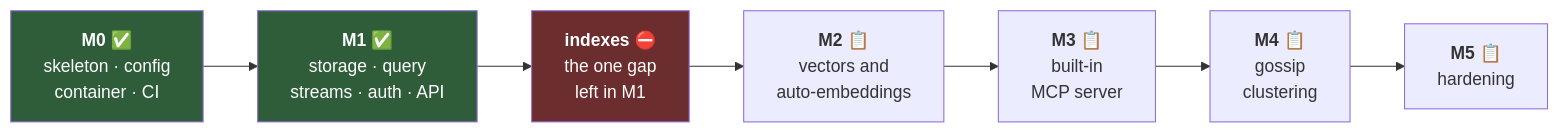
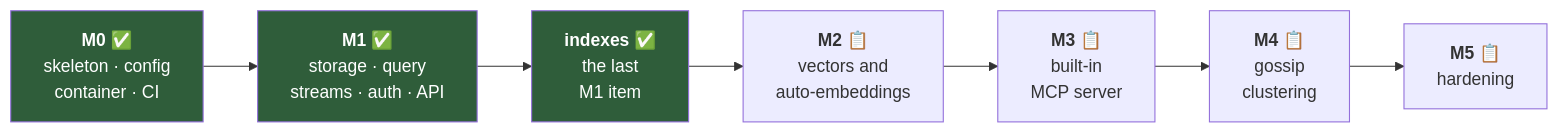
Before and after one commit to titusai-io/kimmydb: the first of 3 diagrams in docs/roadmap.md, drawn with Mermaid. The commit also changed other lines of this file and 10 other files, not shown here.

````diff
--- a/docs/roadmap.md
+++ b/docs/roadmap.md
@@ -12,16 +12,16 @@
 ```mermaid
 graph LR
     M0["<b>M0</b> ✅<br/>skeleton · config<br/>container · CI"]
     M1["<b>M1</b> ✅<br/>storage · query<br/>streams · auth · API"]
-    IDX["<b>indexes</b> ⛔<br/>the one gap<br/>left in M1"]
+    IDX["<b>indexes</b> ✅<br/>the last<br/>M1 item"]
     M2["<b>M2</b> 📋<br/>vectors and<br/>auto-embeddings"]
     M3["<b>M3</b> 📋<br/>built-in<br/>MCP server"]
     M4["<b>M4</b> 📋<br/>gossip<br/>clustering"]
     M5["<b>M5</b> 📋<br/>hardening"]
 
     M0 --> M1 --> IDX --> M2 --> M3 --> M4 --> M5
 
     style M0 fill:#2f5d3a,color:#fff
     style M1 fill:#2f5d3a,color:#fff
-    style IDX fill:#6b2d2d,color:#fff
+    style IDX fill:#2f5d3a,color:#fff
 ```
````
